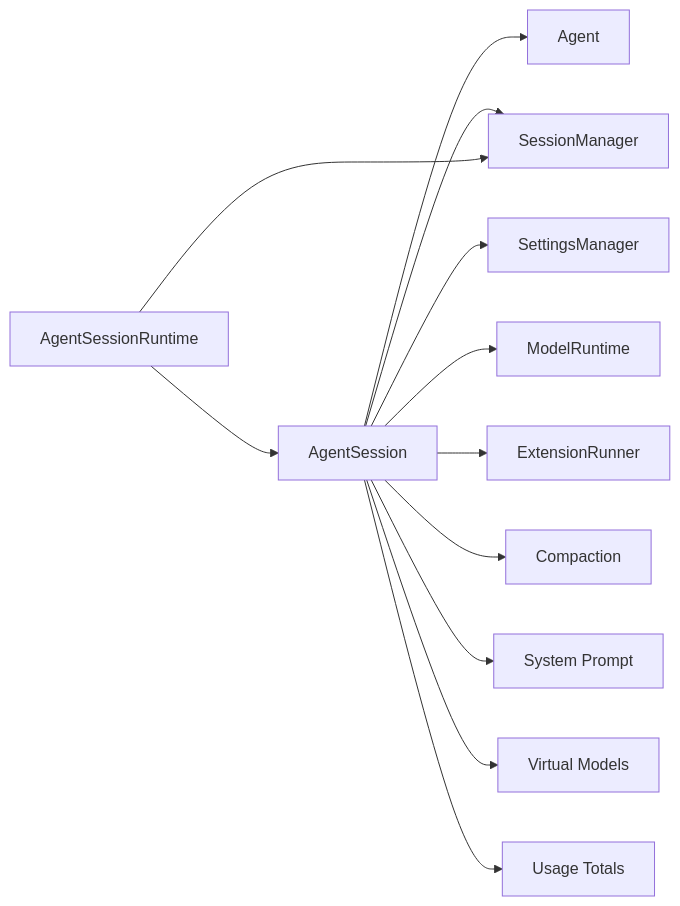
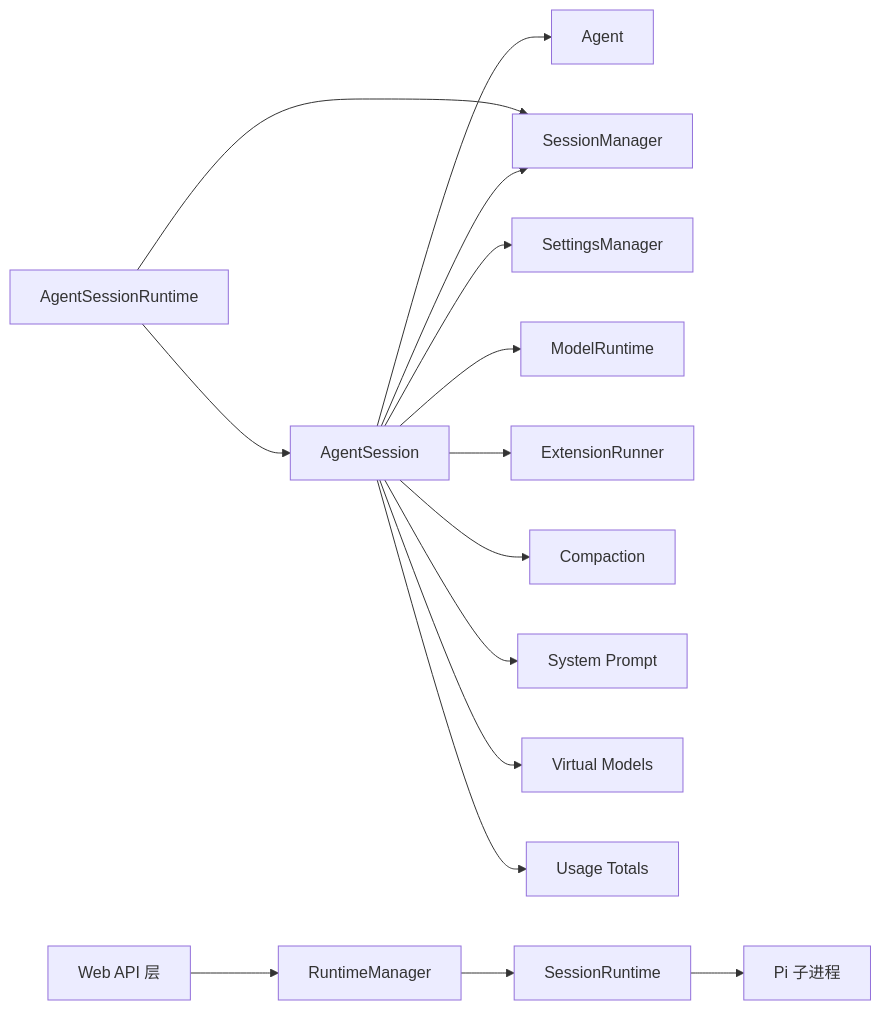
Before and after one commit to FDE-GROUP/oh-my-coding-agent: the eighth of 8 diagrams in .qoder/repowiki/zh/content/SDK API 参考/会话管理 API.md, drawn with Mermaid. The commit also changed other lines of this file and 433 other files, not shown here.

````diff
--- a/.qoder/repowiki/zh/content/SDK API 参考/会话管理 API.md
+++ b/.qoder/repowiki/zh/content/SDK API 参考/会话管理 API.md
@@ -418,14 +548,17 @@
 ```mermaid
 graph LR
 AS["AgentSession"] --> AG["Agent"]
 AS --> SM["SessionManager"]
 AS --> ST["SettingsManager"]
 AS --> MR["ModelRuntime"]
 AS --> ER["ExtensionRunner"]
 AS --> CP["Compaction"]
 AS --> TP["System Prompt"]
 AS --> VM["Virtual Models"]
 AS --> UT["Usage Totals"]
 R["AgentSessionRuntime"] --> AS
 R --> SM
+WM["Web API 层"] --> RM["RuntimeManager"]
+RM --> SR["SessionRuntime"]
+SR --> PI["Pi 子进程"]
 ```
````
